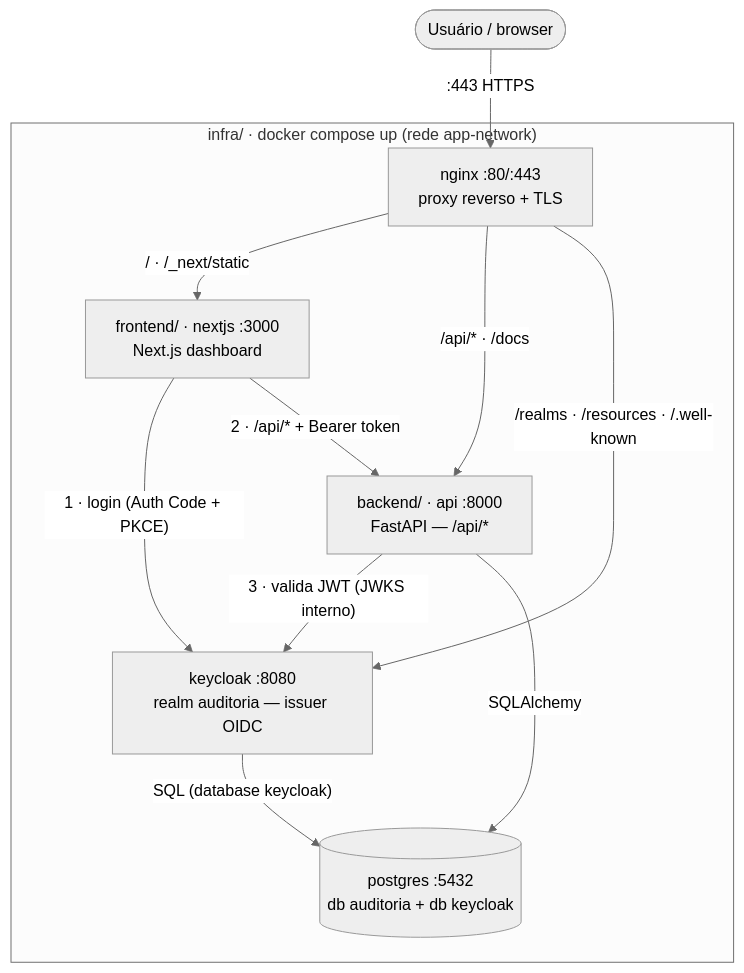
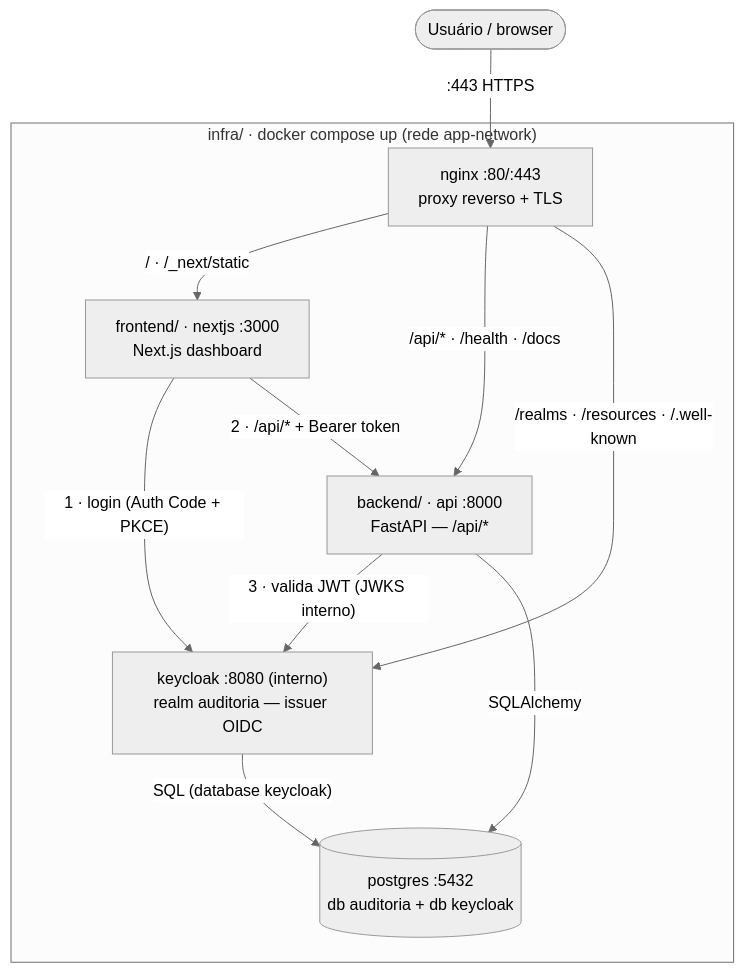
One commit to kellermanm0ta/auditor-ia-platform changed the first of 2 diagrams in README.md. Above: the diagram before and after it, drawn with Mermaid (neutral theme). The commit also changed other lines of this file and 11 other files, not shown here.

````diff
--- a/README.md
+++ b/README.md
@@ -19,23 +19,23 @@
 ```mermaid
 flowchart TB
     browser([Usuário / browser])
 
     subgraph compose["infra/ · docker compose up (rede app-network)"]
         nginx["nginx :80/:443<br/>proxy reverso + TLS"]
         nextjs["frontend/ · nextjs :3000<br/>Next.js dashboard"]
         api["backend/ · api :8000<br/>FastAPI — /api/*"]
-        keycloak["keycloak :8080<br/>realm auditoria — issuer OIDC"]
+        keycloak["keycloak :8080 (interno)<br/>realm auditoria — issuer OIDC"]
         postgres[("postgres :5432<br/>db auditoria + db keycloak")]
     end
 
     browser -->|":443 HTTPS"| nginx
     nginx -->|"/  ·  /_next/static"| nextjs
-    nginx -->|"/api/*  ·  /docs"| api
+    nginx -->|"/api/*  ·  /health  ·  /docs"| api
     nginx -->|"/realms · /resources · /.well-known"| keycloak
 
     nextjs -->|"1 · login (Auth Code + PKCE)"| keycloak
     nextjs -->|"2 · /api/* + Bearer token"| api
     api -->|"3 · valida JWT (JWKS interno)"| keycloak
     api -->|"SQLAlchemy"| postgres
     keycloak -->|"SQL (database keycloak)"| postgres
 ```
````
